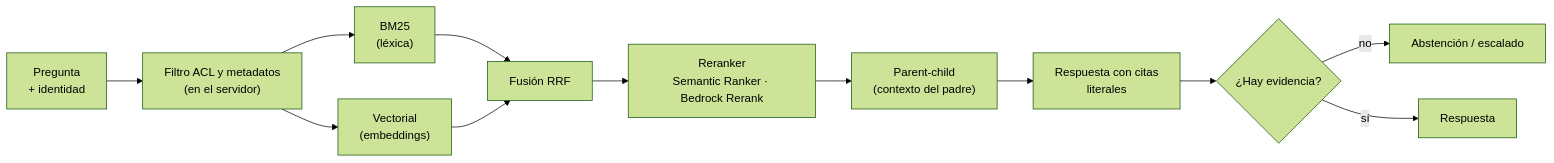
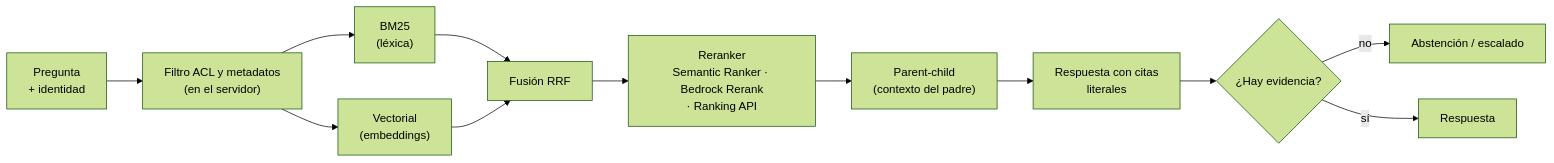
The fifth of 13 diagrams in docs/arquitectura.md (SergioVelmay/GenAI_PoCs), drawn with Mermaid (forest theme) before and after one commit. The commit also changed other lines of this file and 7 other files, not shown here.

````diff
--- a/docs/arquitectura.md
+++ b/docs/arquitectura.md
@@ -141,13 +145,13 @@
 ```mermaid
 flowchart LR
   QY["Pregunta<br/>+ identidad"] --> ACL["Filtro ACL y metadatos<br/>(en el servidor)"]
   ACL --> BM["BM25<br/>(léxica)"]
   ACL --> VEC["Vectorial<br/>(embeddings)"]
   BM & VEC --> RRF["Fusión RRF"]
-  RRF --> RR["Reranker<br/>Semantic Ranker · Bedrock Rerank"]
+  RRF --> RR["Reranker<br/>Semantic Ranker · Bedrock Rerank<br/>· Ranking API"]
   RR --> PAR["Parent-child<br/>(contexto del padre)"]
   PAR --> GEN["Respuesta con citas<br/>literales"]
   GEN --> AB{"¿Hay evidencia?"}
   AB -->|"no"| NO["Abstención / escalado"]
   AB -->|"sí"| OUT["Respuesta"]
 ```
````
